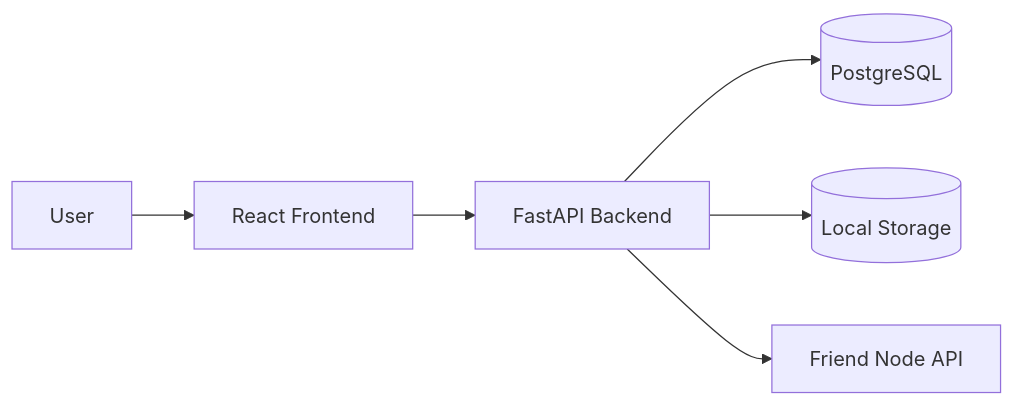
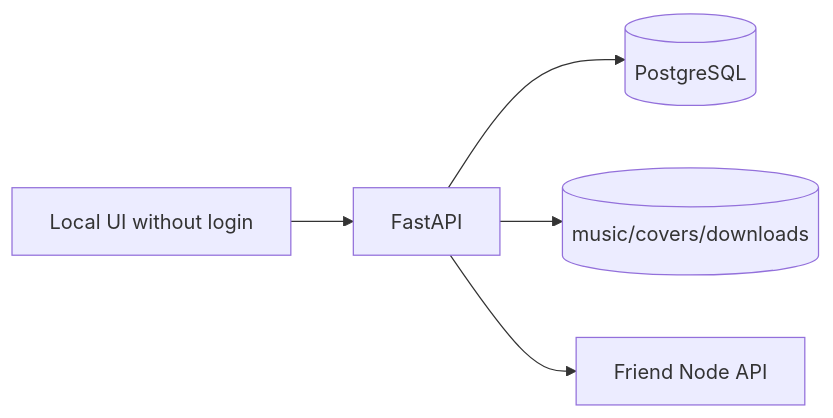
The first of 3 diagrams in docs/diagrams.md (AIIIIIQ/MusicControl), drawn with Mermaid before and after one commit. The commit also changed other lines of this file and 33 other files, not shown here.

Commit message:
feat: switch to single-owner local mode without login

````diff
--- a/docs/diagrams.md
+++ b/docs/diagrams.md
@@ -3,8 +3,7 @@
 ```mermaid
 flowchart LR
-U[User] --> FE[React Frontend]
-FE --> BE[FastAPI Backend]
-BE --> DB[(PostgreSQL)]
-BE --> FS[(Local Storage)]
-BE --> FN[Friend Node API]
+UI[Local UI without login] --> API[FastAPI]
+API --> DB[(PostgreSQL)]
+API --> FS[(music/covers/downloads)]
+API --> NODE[Friend Node API]
 ```
````
